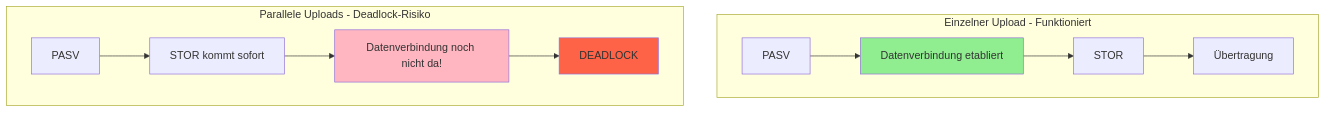
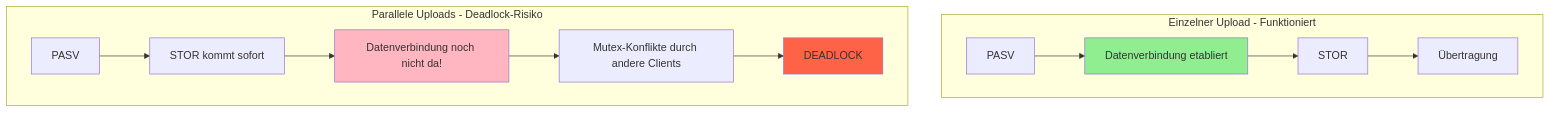
One commit to nilshenrich/TCP_ServerClient changed diagram 11 of 12 in src/ftp/issue-14/ANALYSE.md. Above: the diagram before and after it, drawn with Mermaid. The commit also changed other lines of this file, not shown here.

````diff
--- a/src/ftp/issue-14/ANALYSE.md
+++ b/src/ftp/issue-14/ANALYSE.md
@@ -226,17 +380,18 @@
 ```mermaid
 flowchart TD
     subgraph Einzeln[Einzelner Upload - Funktioniert]
         S1[PASV] --> S2[Datenverbindung etabliert]
         S2 --> S3[STOR]
         S3 --> S4[Übertragung]
         style S2 fill:#90EE90
     end
 
     subgraph Parallel[Parallele Uploads - Deadlock-Risiko]
         P1[PASV] --> P2[STOR kommt sofort]
         P2 --> P3[Datenverbindung noch nicht da!]
-        P3 --> P4[DEADLOCK]
+        P3 --> P4[Mutex-Konflikte durch andere Clients]
+        P4 --> P5[DEADLOCK]
         style P3 fill:#FFB6C1
-        style P4 fill:#FF6347
+        style P5 fill:#FF6347
     end
 ```
````
